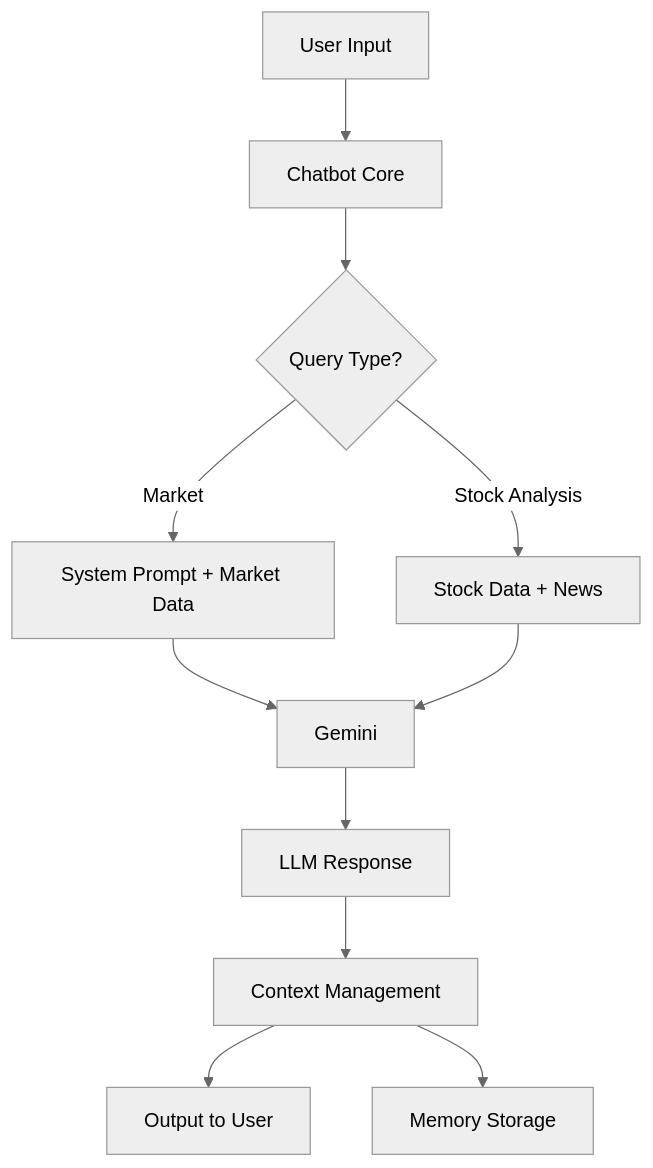
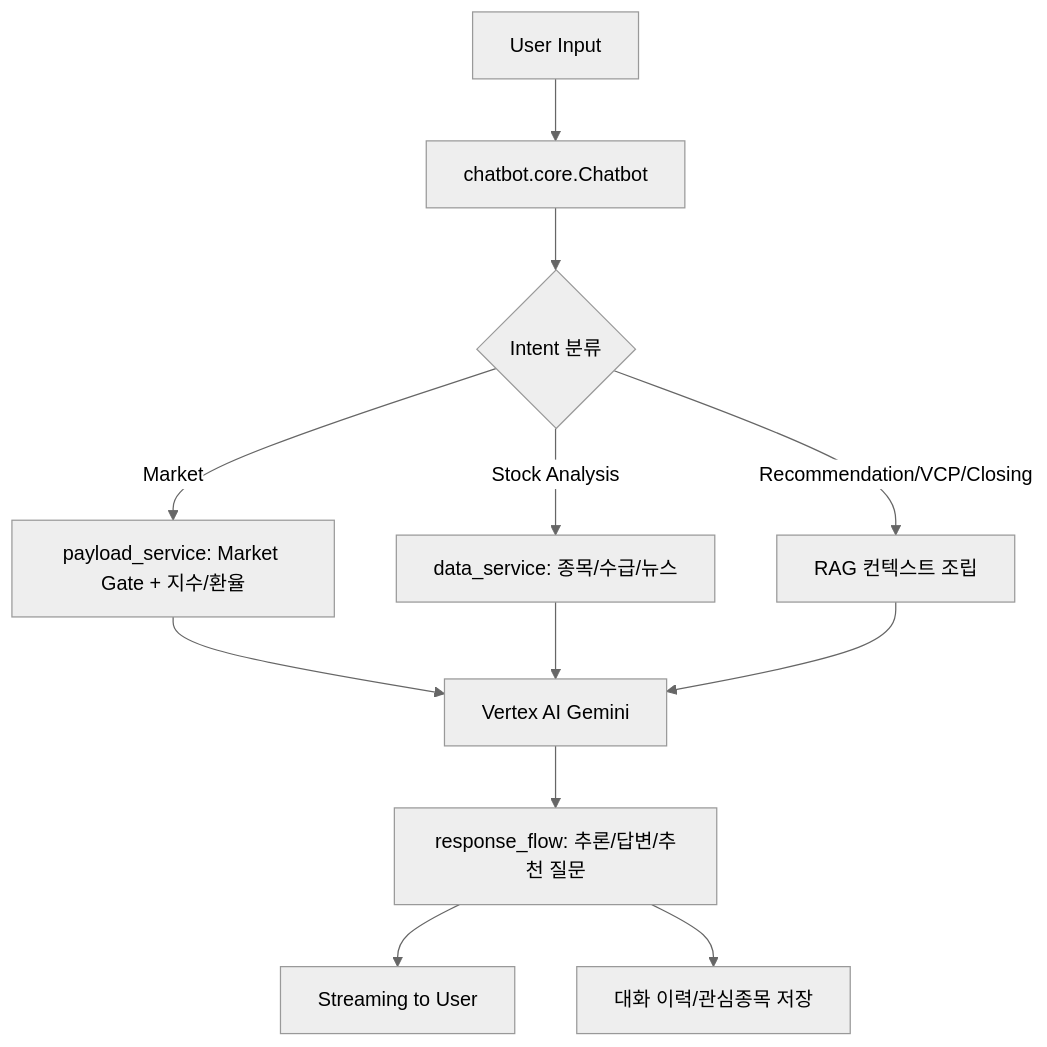
Before and after one commit to freelife1191/closing-bet-demo: the sixth of 6 diagrams in README.md, drawn with Mermaid (neutral theme). The commit also changed other lines of this file, not shown here.

First line of the commit message:
docs(readme): align with current codebase (Vertex AI, provider chain, split modules)

````diff
--- a/README.md
+++ b/README.md
@@ -1715,13 +1779,12 @@
 ```mermaid
 graph TD
-    A[User Input] --> B[Chatbot Core]
-    B --> C{Query Type?}
-    C -->|Market| D[System Prompt + Market Data]
-    C -->|Stock Analysis| E[Stock Data + News]
-    D --> F[Gemini]
-    E --> F
-    F --> G[LLM Response]
-    G --> H[Context Management]
-    H --> I[Output to User]
-    H --> J[Memory Storage]
+    A[User Input] --> B[chatbot.core.Chatbot]
+    B --> C{Intent 분류}
+    C -->|Market| D[payload_service: Market Gate + 지수/환율]
+    C -->|Stock Analysis| E[data_service: 종목/수급/뉴스]
+    C -->|Recommendation/VCP/Closing| F[RAG 컨텍스트 조립]
+    D & E & F --> G[Vertex AI Gemini]
+    G --> H[response_flow: 추론/답변/추천 질문]
+    H --> I[Streaming to User]
+    H --> J[대화 이력/관심종목 저장]
 ```
````
